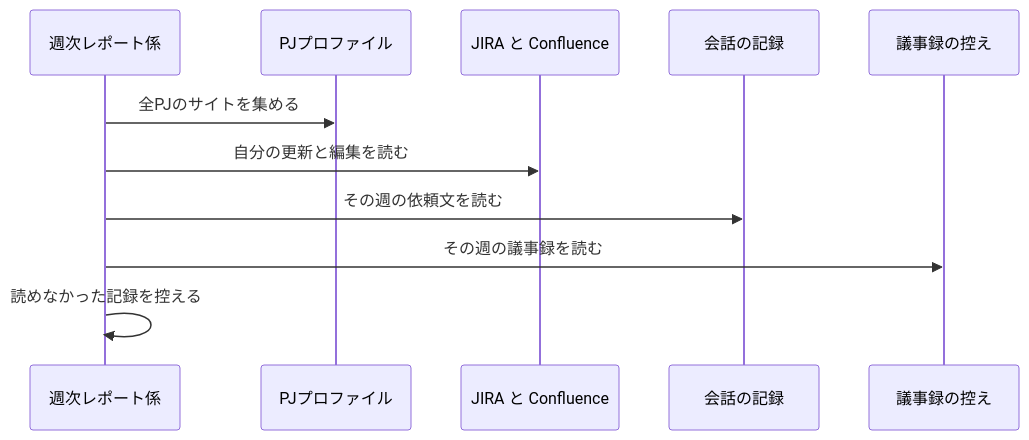
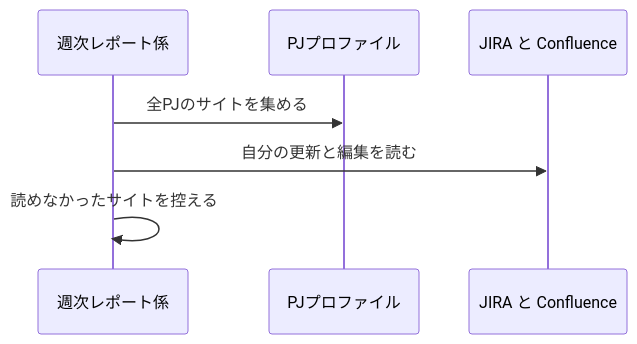
Before and after one commit to dnode-ryosuke-yamazaki/study: the fourth of 9 diagrams in apps/routine-work-finder/specs/weekly-automation-report/design.md, drawn with Mermaid. The commit also changed other lines of this file and 9 other files, not shown here.

````diff
--- a/apps/routine-work-finder/specs/weekly-automation-report/design.md
+++ b/apps/routine-work-finder/specs/weekly-automation-report/design.md
@@ -139,13 +179,9 @@
 ```mermaid
 sequenceDiagram
     participant W as 週次レポート係
     participant P as PJプロファイル
     participant J as JIRA と Confluence
-    participant H as 会話の記録
-    participant M as 議事録の控え
     W->>P: 全PJのサイトを集める
     W->>J: 自分の更新と編集を読む
-    W->>H: その週の依頼文を読む
-    W->>M: その週の議事録を読む
-    W->>W: 読めなかった記録を控える
+    W->>W: 読めなかったサイトを控える
 ```
````
